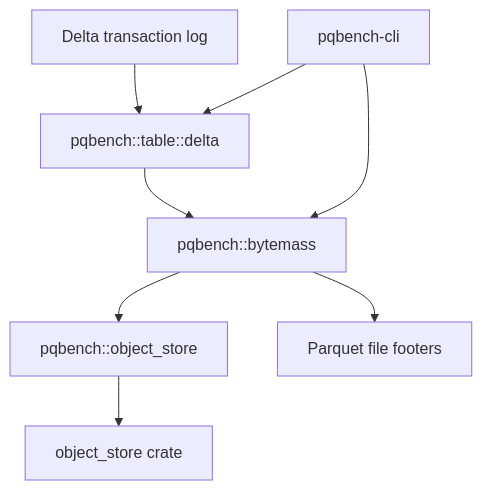
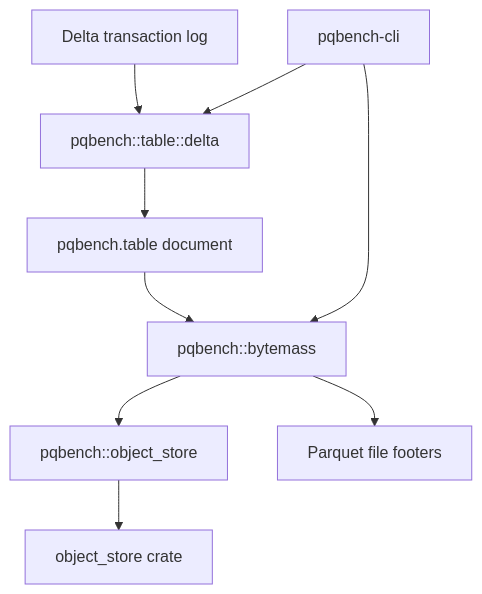
One commit to pqbench/pqbench changed the diagram in docs/delta.md. Above: the diagram before and after it, drawn with Mermaid. The commit also changed other lines of this file and 39 other files, not shown here.

First line of the commit message:
refactor: replace delta with table piped into bytemass (#27)

````diff
--- a/docs/delta.md
+++ b/docs/delta.md
@@ -8,10 +9,11 @@
 ```mermaid
 flowchart TD
     delta_log[Delta transaction log] --> delta[pqbench::table::delta]
-    delta --> bytemass[pqbench::bytemass]
+    delta --> document[pqbench.table document]
+    document --> bytemass[pqbench::bytemass]
     bytemass --> isolation[pqbench::object_store]
     isolation --> object_store[object_store crate]
     bytemass --> parquet[Parquet file footers]
     pqbench_cli[pqbench-cli] --> delta
     pqbench_cli --> bytemass
 ```
````
